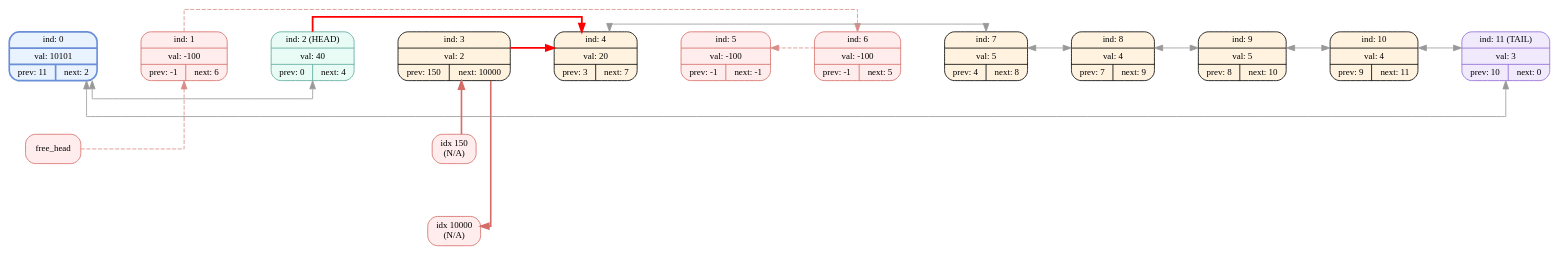
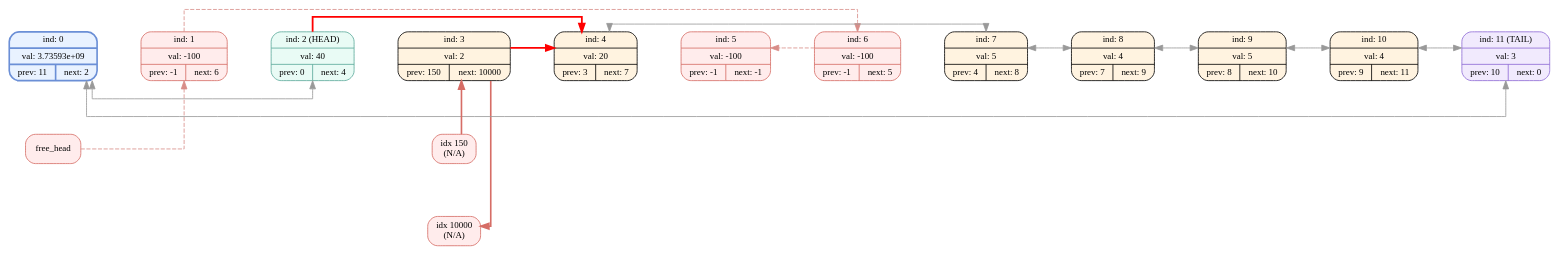
One commit to EvilTomato9890/DEAD_List changed the diagram in dumps/dump_008.dot. Above: the diagram before and after it, drawn with Graphviz. The commit also changed 27 other files, not shown here.

```diff
--- a/dumps/dump_008.dot
+++ b/dumps/dump_008.dot
@@ -1,51 +1,51 @@
 digraph G{
   rankdir=LR;
   splines=ortho;
   nodesep=0.9;
   ranksep=0.75;
   node [fontname="Fira Mono",shape=record,style="filled,rounded",fontsize=11];
-  node_0[shape=record,label="ind: 0 | val: 10101 | { prev: 11 | next: 2 }",color="#6b8fd6",style="filled,bold,rounded",fillcolor="#e9f2ff"];
+  node_0[shape=record,label="ind: 0 | val: 3.73593e+09 | { prev: 11 | next: 2 }",color="#6b8fd6",style="filled,bold,rounded",fillcolor="#e9f2ff"];
   node_1[shape=record,label=" ind: 1 | val: -100 | { prev: -1 | next: 6 } ",style="filled,rounded",color="#d66d66",fillcolor="#ffecec"];
   node_2[shape=record,label=" ind: 2 (HEAD) | val: 40 | { prev: 0 | next: 4 } ",color="#5aa99b",fillcolor="#e9fbf5"];
   node_3[shape=record,label=" ind: 3 | val: 2 | { prev: 150 | next: 10000 } ",color="#000000",fillcolor="#fff3e0"];
   node_4[shape=record,label=" ind: 4 | val: 20 | { prev: 3 | next: 7 } ",color="#000000",fillcolor="#fff3e0"];
   node_5[shape=record,label=" ind: 5 | val: -100 | { prev: -1 | next: -1 } ",style="filled,rounded",color="#d66d66",fillcolor="#ffecec"];
   node_6[shape=record,label=" ind: 6 | val: -100 | { prev: -1 | next: 5 } ",style="filled,rounded",color="#d66d66",fillcolor="#ffecec"];
   node_7[shape=record,label=" ind: 7 | val: 5 | { prev: 4 | next: 8 } ",color="#000000",fillcolor="#fff3e0"];
   node_8[shape=record,label=" ind: 8 | val: 4 | { prev: 7 | next: 9 } ",color="#000000",fillcolor="#fff3e0"];
   node_9[shape=record,label=" ind: 9 | val: 5 | { prev: 8 | next: 10 } ",color="#000000",fillcolor="#fff3e0"];
   node_10[shape=record,label=" ind: 10 | val: 4 | { prev: 9 | next: 11 } ",color="#000000",fillcolor="#fff3e0"];
   node_11[shape=record,label=" ind: 11 (TAIL) | val: 3 | { prev: 10 | next: 0 } ",color="#8e6bd6",fillcolor="#f1eafd"];
   node_0 -> node_1 [weight=1000,style=invis];
   node_1 -> node_2 [weight=1000,style=invis];
   node_2 -> node_3 [weight=1000,style=invis];
   node_3 -> node_4 [weight=1000,style=invis];
   node_4 -> node_5 [weight=1000,style=invis];
   node_5 -> node_6 [weight=1000,style=invis];
   node_6 -> node_7 [weight=1000,style=invis];
   node_7 -> node_8 [weight=1000,style=invis];
   node_8 -> node_9 [weight=1000,style=invis];
   node_9 -> node_10 [weight=1000,style=invis];
   node_10 -> node_11 [weight=1000,style=invis];
   node_1 -> node_6 [color="#d88d88", style=dashed, constraint=false];
   node_6 -> node_5 [color="#d88d88", style=dashed, constraint=false];
   node_0 -> node_2 [dir=both, color="#999999", constraint=false];
   node_2 -> node_4 [color="#ff0000", penwidth=2.2, constraint=false];
   node_bad_n_3 [label="idx 10000\n(N/A)",shape=rectangle,style="filled,rounded",color="#d66d66",fillcolor="#ffecec"];
   node_3 -> node_bad_n_3 [style="bold", color="#d66d66", constraint=false];
   node_3 -> node_bad_n_3 [style=invis, constraint=true, weight=60, minlen=1];
   {rank=same; node_3; node_bad_n_3;}
   node_4 -> node_7 [dir=both, color="#999999", constraint=false];
   node_7 -> node_8 [dir=both, color="#999999", constraint=false];
   node_8 -> node_9 [dir=both, color="#999999", constraint=false];
   node_9 -> node_10 [dir=both, color="#999999", constraint=false];
   node_10 -> node_11 [dir=both, color="#999999", constraint=false];
   node_11 -> node_0 [dir=both, color="#999999", constraint=false];
   node_bad_p_3 [label="idx 150\n(N/A)",shape=rectangle,style="filled,rounded",color="#d66d66",fillcolor="#ffecec"];
   node_bad_p_3 -> node_3 [style="bold", color="#d66d66", constraint=false];
   node_3 -> node_bad_p_3 [style=invis, constraint=true, weight=60, minlen=1];
   {rank=same; node_3; node_bad_p_3;}
   node_3 -> node_4 [color="#ff0000", penwidth=2.2, constraint=false];
   node_free [label=free_head,color="#d66d66",shape=rectangle,style="filled,rounded",fillcolor="#ffecec"];
   node_free -> node_1 [color="#d88d88", style=dashed, constraint=false];
 }
```
